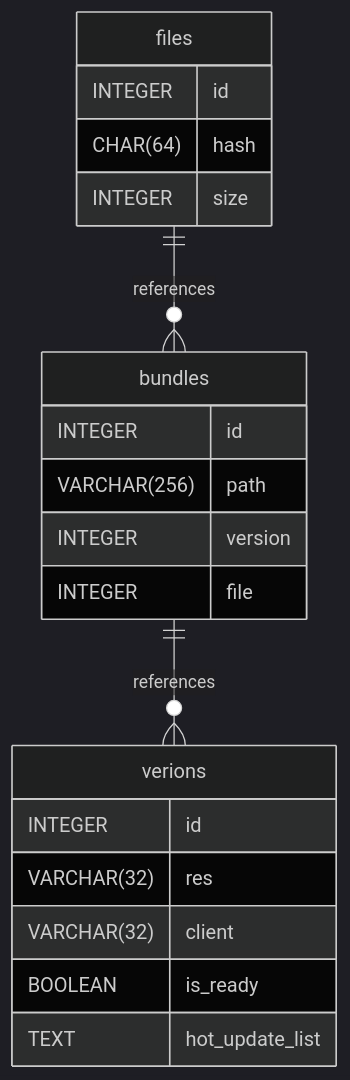
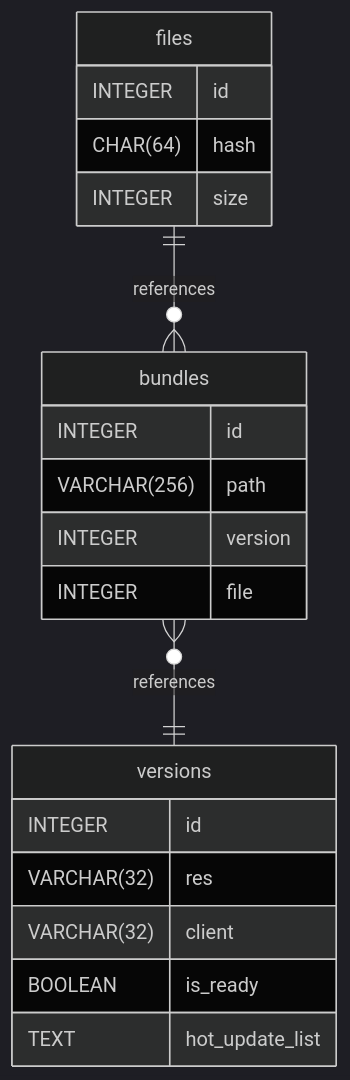
The diagram in docs/sql/v1.md (MooncellWiki/ak-asset-storage), drawn with Mermaid (dark theme) before and after one commit. The commit also changed other lines of this file and 3 other files, not shown here.

````diff
--- a/docs/sql/v1.md
+++ b/docs/sql/v1.md
@@ -65,26 +65,26 @@
 ```mermaid
 erDiagram
-	bundles ||--o{ verions : references
+	bundles }o--|| versions : references
 	files ||--o{ bundles : references
 
 	bundles {
 		INTEGER id
 		VARCHAR(256) path
 		INTEGER version
 		INTEGER file
 	}
 
-	verions {
+	versions {
 		INTEGER id
 		VARCHAR(32) res
 		VARCHAR(32) client
 		BOOLEAN is_ready
 		TEXT hot_update_list
 	}
 
 	files {
 		INTEGER id
 		CHAR(64) hash
 		INTEGER size
 	}
 ```
````
